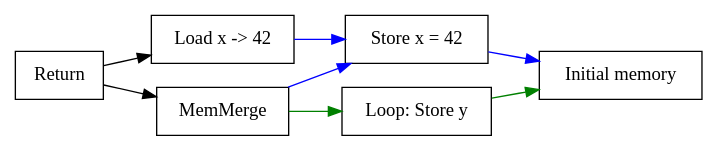
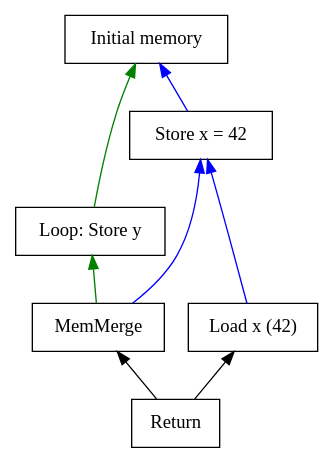
One commit to SeaOfNodes/Simple changed the diagram in chapter10b/docs/example1.gv. Above: the diagram before and after it, drawn with Graphviz. The commit also changed 28 other files, not shown here.

```diff
--- a/chapter10b/docs/example1.gv
+++ b/chapter10b/docs/example1.gv
@@ -1,11 +1,13 @@
 digraph Memory {
-  rankdir=LR;
+  rankdir=BT;
   node [shape=box];
   M [label="Initial memory"];
   X [label="Store x = 42"];
   Y [label="Loop: Store y"];
-  L [label="Load x -> 42"];
+  L [label="Load x (42)"];
   L -> X -> M [color=blue]; Y -> M [color=green];
   MemMerge -> X [color=blue]; MemMerge -> Y [color=green];
   Return -> MemMerge; Return -> L;
+  { rank=same; MemMerge -> L [style=invis]; }
+  Y -> X [style=invis]; // Layout only: keep the stores in code order.
 }
```
